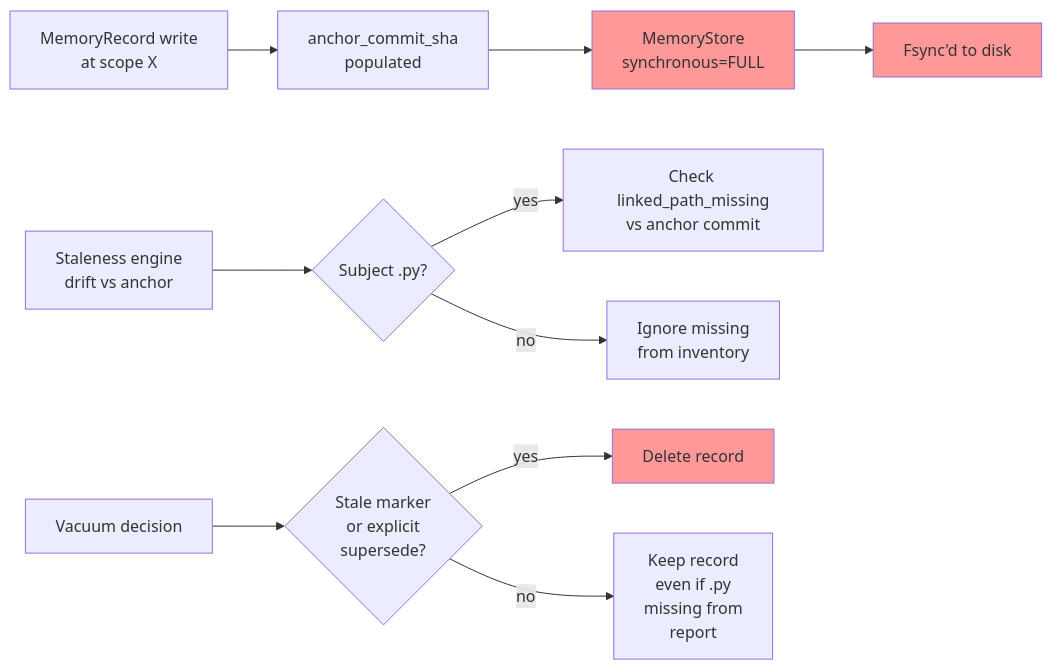
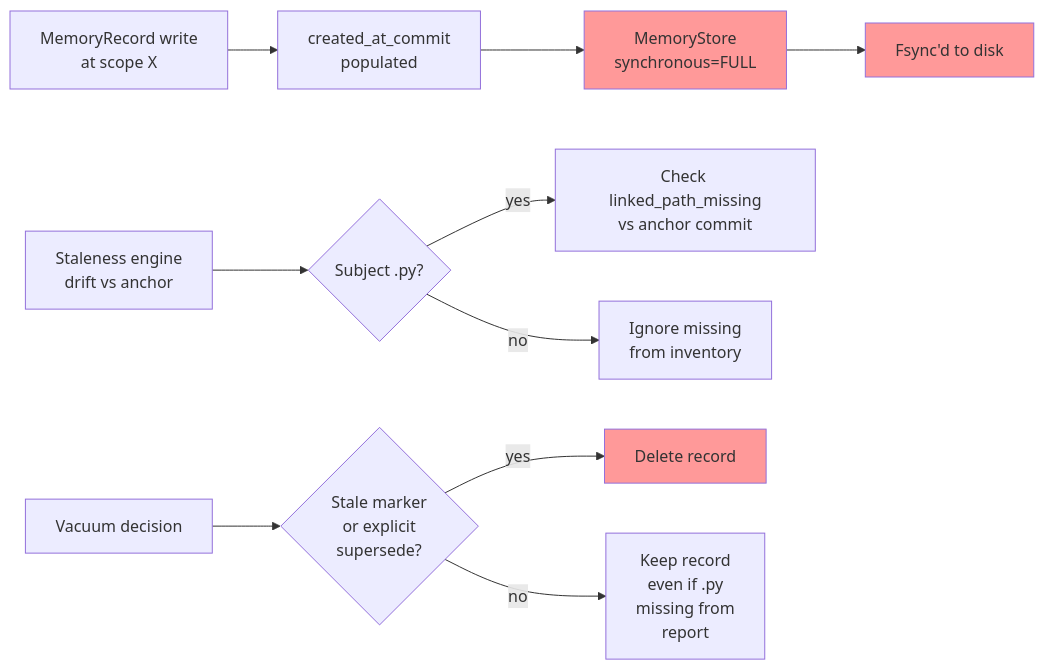
One commit to orenlab/codeclone changed the diagram in docs/internal/contracts/memory-schema.md. Above: the diagram before and after it, drawn with Mermaid. The commit also changed other lines of this file and 38 other files, not shown here.

````diff
--- a/docs/internal/contracts/memory-schema.md
+++ b/docs/internal/contracts/memory-schema.md
@@ -26,15 +26,15 @@
 ```mermaid
 graph LR
-    A[MemoryRecord write<br/>at scope X] --> B["anchor_commit_sha<br/>populated"]
+    A[MemoryRecord write<br/>at scope X] --> B["created_at_commit<br/>populated"]
     B --> C["MemoryStore<br/>synchronous=FULL"]
     C --> D["Fsync'd to disk"]
     E[Staleness engine<br/>drift vs anchor] --> F{"Subject .py?"}
     F -->|yes| G["Check linked_path_missing<br/>vs anchor commit"]
     F -->|no| H["Ignore missing<br/>from inventory"]
     I["Vacuum decision"] --> J{"Stale marker<br/>or explicit<br/>supersede?"}
     J -->|yes| K["Delete record"]
     J -->|no| L["Keep record<br/>even if .py<br/>missing from<br/>report"]
     style C fill:#f99
     style D fill:#f99
     style K fill:#f99
 ```
````
